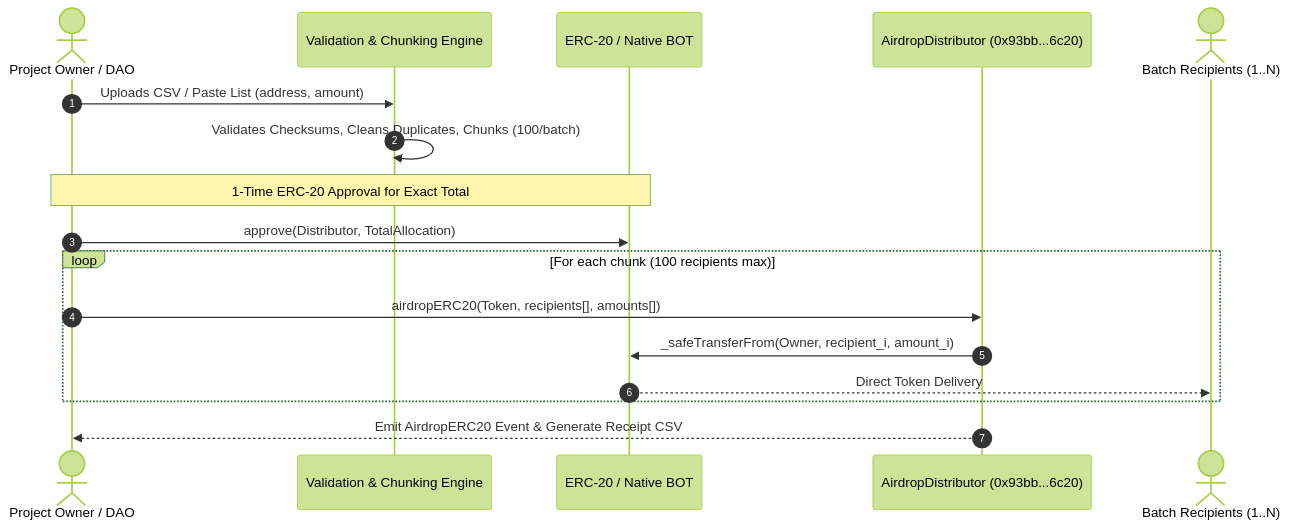
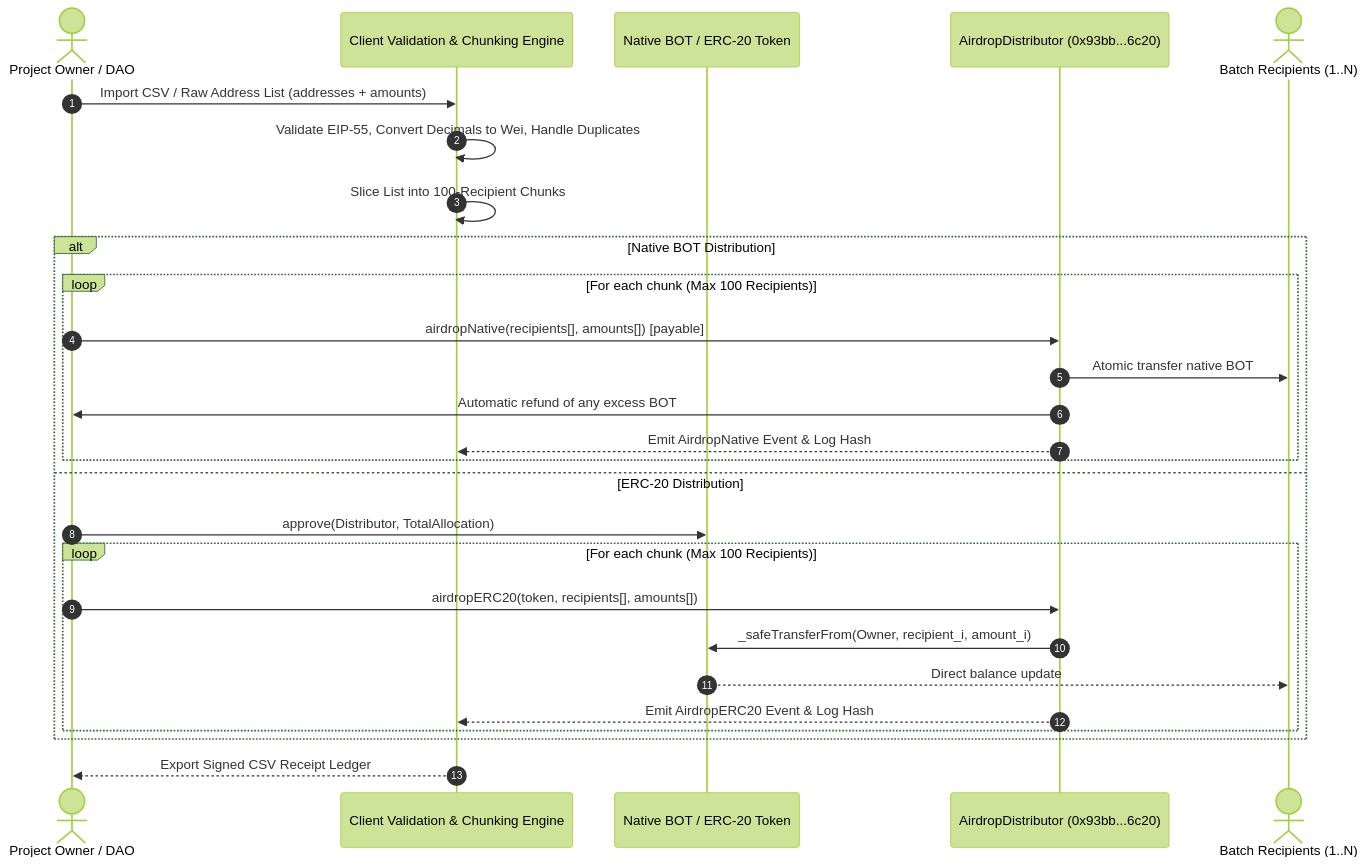
The first of 3 diagrams in WHITEPAPER.md (techenthusiast43/airdrop-distributor), drawn with Mermaid (forest theme) before and after one commit. The commit also changed other lines of this file and 25 other files, not shown here.

````diff
--- a/WHITEPAPER.md
+++ b/WHITEPAPER.md
@@ -52,20 +115,31 @@
 ```mermaid
 sequenceDiagram
     autonumber
     actor Owner as Project Owner / DAO
-    participant Client as Validation & Chunking Engine
-    participant Token as ERC-20 / Native BOT
+    participant Client as Client Validation & Chunking Engine
+    participant Token as Native BOT / ERC-20 Token
     participant Distributor as AirdropDistributor (0x93bb...6c20)
     actor Recipients as Batch Recipients (1..N)
 
-    Owner->>Client: Uploads CSV / Paste List (address, amount)
-    Client->>Client: Validates Checksums, Cleans Duplicates, Chunks (100/batch)
-    Note over Owner,Token: 1-Time ERC-20 Approval for Exact Total
-    Owner->>Token: approve(Distributor, TotalAllocation)
-    loop For each chunk (100 recipients max)
-        Owner->>Distributor: airdropERC20(Token, recipients[], amounts[])
-        Distributor->>Token: _safeTransferFrom(Owner, recipient_i, amount_i)
-        Token-->>Recipients: Direct Token Delivery
+    Owner->>Client: Import CSV / Raw Address List (addresses + amounts)
+    Client->>Client: Validate EIP-55, Convert Decimals to Wei, Handle Duplicates
+    Client->>Client: Slice List into 100-Recipient Chunks
+    
+    alt Native BOT Distribution
+        loop For each chunk (Max 100 Recipients)
+            Owner->>Distributor: airdropNative(recipients[], amounts[]) [payable]
+            Distributor->>Recipients: Atomic transfer native BOT
+            Distributor->>Owner: Automatic refund of any excess BOT
+            Distributor-->>Client: Emit AirdropNative Event & Log Hash
+        end
+    else ERC-20 Distribution
+        Owner->>Token: approve(Distributor, TotalAllocation)
+        loop For each chunk (Max 100 Recipients)
+            Owner->>Distributor: airdropERC20(token, recipients[], amounts[])
+            Distributor->>Token: _safeTransferFrom(Owner, recipient_i, amount_i)
+            Token-->>Recipients: Direct balance update
+            Distributor-->>Client: Emit AirdropERC20 Event & Log Hash
+        end
     end
-    Distributor-->>Owner: Emit AirdropERC20 Event & Generate Receipt CSV
+    Client-->>Owner: Export Signed CSV Receipt Ledger
 ```
````
